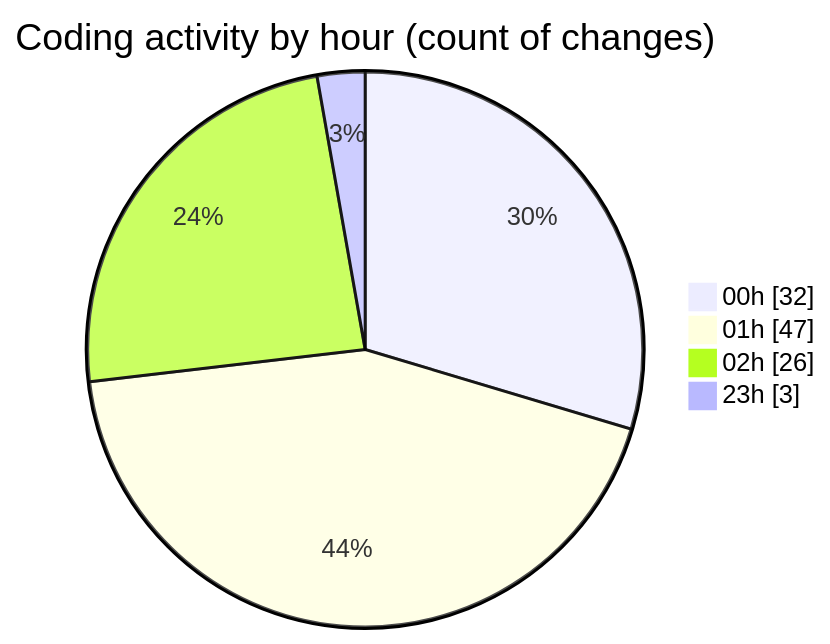
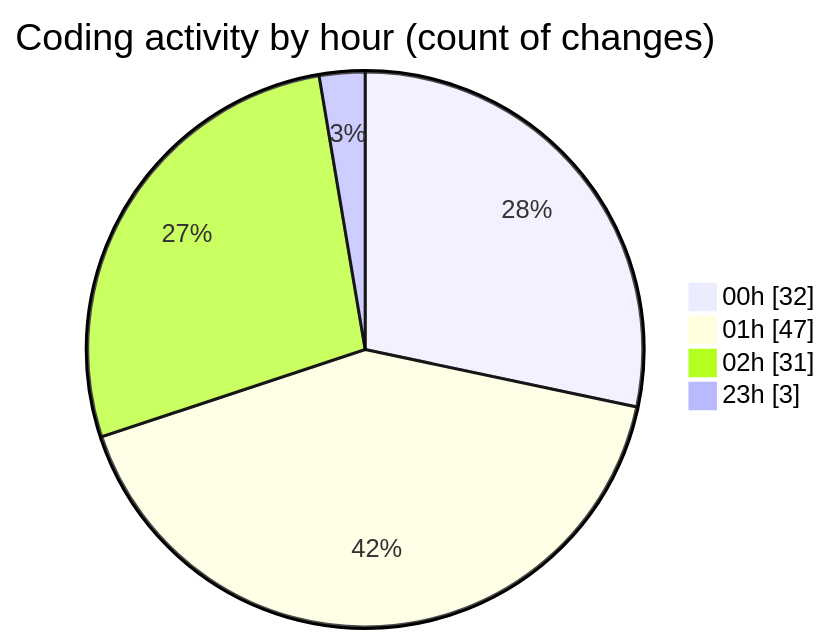
The second of 2 diagrams in 2025-07-28/quanlyrapchieuphim-1/README.md (lephambinh05/code-tracking), drawn with Mermaid before and after one commit. The commit also changed other lines of this file and 1 other file, not shown here.

````diff
--- a/2025-07-28/quanlyrapchieuphim-1/README.md
+++ b/2025-07-28/quanlyrapchieuphim-1/README.md
@@ -48,8 +48,8 @@
 ```mermaid
 pie showData
 title Coding activity by hour (count of changes)
 "00h" : 32
 "01h" : 47
-"02h" : 26
+"02h" : 31
 "23h" : 3
 ```
````
